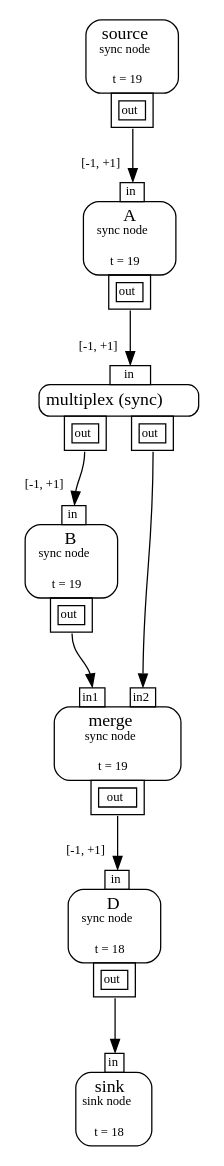
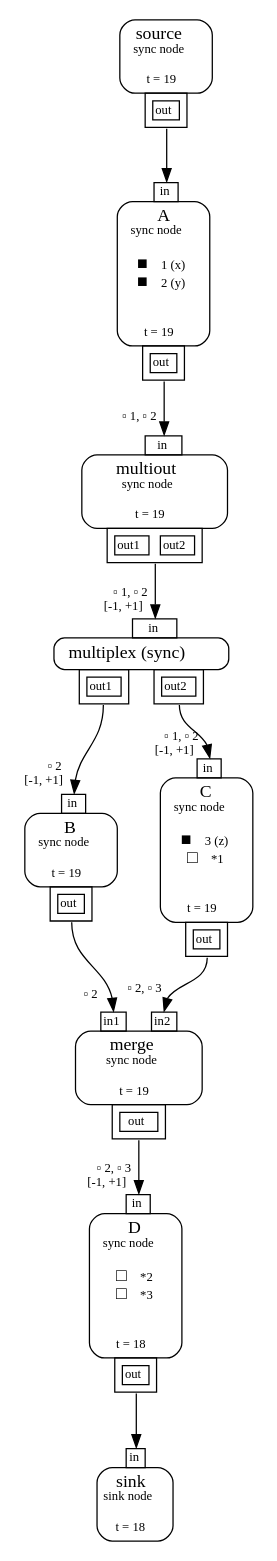
The diagram in gr.gv (dbonattoj/mf), drawn with Graphviz before and after one commit. The commit also changed 16 other files, not shown here.

Commit message:
filter graph visualization

```diff
--- a/gr.gv
+++ b/gr.gv
@@ -4,30 +4,38 @@
 <TABLE BORDER="0" CELLBORDER="0" CELLSPACING="0" CELLPADDING="0"><TR><TD COLSPAN="1" BORDER="1" STYLE="ROUNDED" CELLPADDING="4" COLOR="black">source<BR/><FONT POINT-SIZE="10">sync node</FONT><BR/><BR/><FONT POINT-SIZE="10">t = 19</FONT></TD></TR><TR><TD COLSPAN="1" BORDER="0"><TABLE BORDER="0" CELLBORDER="0" CELLSPACING="0" CELLPADDING="0"><TR><TD WIDTH="20"></TD><TD BORDER="1" CELLPADDING="3" PORT="out1" COLOR="black"><TABLE BORDER="0" CELLSPACING="2"><TR CELLPADDING="1"><TD BORDER="1" CELLPADDING="1"><FONT POINT-SIZE="10">out</FONT></TD></TR></TABLE></TD><TD WIDTH="20"></TD></TR></TABLE></TD></TR></TABLE>
 >];
 	node2 [shape=plaintext label=<
-<TABLE BORDER="0" CELLBORDER="0" CELLSPACING="0" CELLPADDING="0"><TR><TD WIDTH="20"></TD><TD BORDER="1" CELLPADDING="1" PORT="in3" COLOR="black"><FONT POINT-SIZE="10">in</FONT></TD><TD WIDTH="20"></TD></TR><TR><TD COLSPAN="3" BORDER="1" STYLE="ROUNDED" CELLPADDING="4" COLOR="black">A<BR/><FONT POINT-SIZE="10">sync node</FONT><BR/><BR/><FONT POINT-SIZE="10">t = 19</FONT></TD></TR><TR><TD COLSPAN="3" BORDER="0"><TABLE BORDER="0" CELLBORDER="0" CELLSPACING="0" CELLPADDING="0"><TR><TD WIDTH="20"></TD><TD BORDER="1" CELLPADDING="3" PORT="out4" COLOR="black"><TABLE BORDER="0" CELLSPACING="2"><TR CELLPADDING="1"><TD BORDER="1" CELLPADDING="1"><FONT POINT-SIZE="10">out</FONT></TD></TR></TABLE></TD><TD WIDTH="20"></TD></TR></TABLE></TD></TR></TABLE>
+<TABLE BORDER="0" CELLBORDER="0" CELLSPACING="0" CELLPADDING="0"><TR><TD WIDTH="20"></TD><TD BORDER="1" CELLPADDING="1" PORT="in3" COLOR="black"><FONT POINT-SIZE="10">in</FONT></TD><TD WIDTH="20"></TD></TR><TR><TD COLSPAN="3" BORDER="1" STYLE="ROUNDED" CELLPADDING="4" COLOR="black">A<BR/><FONT POINT-SIZE="10">sync node</FONT><BR/><BR/>&#x25A0; <FONT POINT-SIZE="10">1 (x)</FONT><BR/>&#x25A0; <FONT POINT-SIZE="10">2 (y)</FONT><BR/><BR/><BR/><FONT POINT-SIZE="10">t = 19</FONT></TD></TR><TR><TD COLSPAN="3" BORDER="0"><TABLE BORDER="0" CELLBORDER="0" CELLSPACING="0" CELLPADDING="0"><TR><TD WIDTH="20"></TD><TD BORDER="1" CELLPADDING="3" PORT="out4" COLOR="black"><TABLE BORDER="0" CELLSPACING="2"><TR CELLPADDING="1"><TD BORDER="1" CELLPADDING="1"><FONT POINT-SIZE="10">out</FONT></TD></TR></TABLE></TD><TD WIDTH="20"></TD></TR></TABLE></TD></TR></TABLE>
 >];
 	node5 [shape=plaintext label=<
-<TABLE BORDER="0" CELLBORDER="0" CELLSPACING="0" CELLPADDING="0"><TR><TD WIDTH="20"></TD><TD BORDER="1" CELLPADDING="1" PORT="in6" COLOR="black"><FONT POINT-SIZE="10">in</FONT></TD><TD WIDTH="20"></TD></TR><TR><TD COLSPAN="3" BORDER="1" STYLE="ROUNDED" CELLPADDING="4" COLOR="black">multiplex (sync)</TD></TR><TR><TD COLSPAN="3" BORDER="0"><TABLE BORDER="0" CELLBORDER="0" CELLSPACING="0" CELLPADDING="0"><TR><TD WIDTH="20"></TD><TD BORDER="1" CELLPADDING="3" PORT="out7" COLOR="black"><TABLE BORDER="0" CELLSPACING="2"><TR CELLPADDING="1"><TD BORDER="1" CELLPADDING="1"><FONT POINT-SIZE="10">out</FONT></TD></TR></TABLE></TD><TD WIDTH="20"></TD><TD BORDER="1" CELLPADDING="3" PORT="out8" COLOR="black"><TABLE BORDER="0" CELLSPACING="2"><TR CELLPADDING="1"><TD BORDER="1" CELLPADDING="1"><FONT POINT-SIZE="10">out</FONT></TD></TR></TABLE></TD><TD WIDTH="20"></TD></TR></TABLE></TD></TR></TABLE>
+<TABLE BORDER="0" CELLBORDER="0" CELLSPACING="0" CELLPADDING="0"><TR><TD WIDTH="20"></TD><TD BORDER="1" CELLPADDING="1" PORT="in6" COLOR="black"><FONT POINT-SIZE="10">in</FONT></TD><TD WIDTH="20"></TD></TR><TR><TD COLSPAN="3" BORDER="1" STYLE="ROUNDED" CELLPADDING="4" COLOR="black">multiout<BR/><FONT POINT-SIZE="10">sync node</FONT><BR/><BR/><FONT POINT-SIZE="10">t = 19</FONT></TD></TR><TR><TD COLSPAN="3" BORDER="0"><TABLE BORDER="0" CELLBORDER="0" CELLSPACING="0" CELLPADDING="0"><TR><TD WIDTH="20"></TD><TD BORDER="1" CELLPADDING="3" PORT="out7" COLOR="black"><TABLE BORDER="0" CELLSPACING="2"><TR CELLPADDING="1"><TD BORDER="1" CELLPADDING="1"><FONT POINT-SIZE="10">out1</FONT></TD><TD WIDTH="5"></TD><TD BORDER="1" CELLPADDING="1"><FONT POINT-SIZE="10">out2</FONT></TD></TR></TABLE></TD><TD WIDTH="20"></TD></TR></TABLE></TD></TR></TABLE>
 >];
-	node9 [shape=plaintext label=<
-<TABLE BORDER="0" CELLBORDER="0" CELLSPACING="0" CELLPADDING="0"><TR><TD WIDTH="20"></TD><TD BORDER="1" CELLPADDING="1" PORT="in10" COLOR="black"><FONT POINT-SIZE="10">in</FONT></TD><TD WIDTH="20"></TD></TR><TR><TD COLSPAN="3" BORDER="1" STYLE="ROUNDED" CELLPADDING="4" COLOR="black">B<BR/><FONT POINT-SIZE="10">sync node</FONT><BR/><BR/><FONT POINT-SIZE="10">t = 19</FONT></TD></TR><TR><TD COLSPAN="3" BORDER="0"><TABLE BORDER="0" CELLBORDER="0" CELLSPACING="0" CELLPADDING="0"><TR><TD WIDTH="20"></TD><TD BORDER="1" CELLPADDING="3" PORT="out11" COLOR="black"><TABLE BORDER="0" CELLSPACING="2"><TR CELLPADDING="1"><TD BORDER="1" CELLPADDING="1"><FONT POINT-SIZE="10">out</FONT></TD></TR></TABLE></TD><TD WIDTH="20"></TD></TR></TABLE></TD></TR></TABLE>
+	node8 [shape=plaintext label=<
+<TABLE BORDER="0" CELLBORDER="0" CELLSPACING="0" CELLPADDING="0"><TR><TD WIDTH="20"></TD><TD BORDER="1" CELLPADDING="1" PORT="in9" COLOR="black"><FONT POINT-SIZE="10">in</FONT></TD><TD WIDTH="20"></TD></TR><TR><TD COLSPAN="3" BORDER="1" STYLE="ROUNDED" CELLPADDING="4" COLOR="black">multiplex (sync)</TD></TR><TR><TD COLSPAN="3" BORDER="0"><TABLE BORDER="0" CELLBORDER="0" CELLSPACING="0" CELLPADDING="0"><TR><TD WIDTH="20"></TD><TD BORDER="1" CELLPADDING="3" PORT="out10" COLOR="black"><TABLE BORDER="0" CELLSPACING="2"><TR CELLPADDING="1"><TD BORDER="1" CELLPADDING="1"><FONT POINT-SIZE="10">out1</FONT></TD></TR></TABLE></TD><TD WIDTH="20"></TD><TD BORDER="1" CELLPADDING="3" PORT="out11" COLOR="black"><TABLE BORDER="0" CELLSPACING="2"><TR CELLPADDING="1"><TD BORDER="1" CELLPADDING="1"><FONT POINT-SIZE="10">out2</FONT></TD></TR></TABLE></TD><TD WIDTH="20"></TD></TR></TABLE></TD></TR></TABLE>
 >];
 	node12 [shape=plaintext label=<
-<TABLE BORDER="0" CELLBORDER="0" CELLSPACING="0" CELLPADDING="0"><TR><TD WIDTH="20"></TD><TD BORDER="1" CELLPADDING="1" PORT="in13" COLOR="black"><FONT POINT-SIZE="10">in1</FONT></TD><TD WIDTH="20"></TD><TD BORDER="1" CELLPADDING="1" PORT="in14" COLOR="black"><FONT POINT-SIZE="10">in2</FONT></TD><TD WIDTH="20"></TD></TR><TR><TD COLSPAN="5" BORDER="1" STYLE="ROUNDED" CELLPADDING="4" COLOR="black">merge<BR/><FONT POINT-SIZE="10">sync node</FONT><BR/><BR/><FONT POINT-SIZE="10">t = 19</FONT></TD></TR><TR><TD COLSPAN="5" BORDER="0"><TABLE BORDER="0" CELLBORDER="0" CELLSPACING="0" CELLPADDING="0"><TR><TD WIDTH="20"></TD><TD BORDER="1" CELLPADDING="3" PORT="out15" COLOR="black"><TABLE BORDER="0" CELLSPACING="2"><TR CELLPADDING="1"><TD BORDER="1" CELLPADDING="1"><FONT POINT-SIZE="10">out</FONT></TD></TR></TABLE></TD><TD WIDTH="20"></TD></TR></TABLE></TD></TR></TABLE>
+<TABLE BORDER="0" CELLBORDER="0" CELLSPACING="0" CELLPADDING="0"><TR><TD WIDTH="20"></TD><TD BORDER="1" CELLPADDING="1" PORT="in13" COLOR="black"><FONT POINT-SIZE="10">in</FONT></TD><TD WIDTH="20"></TD></TR><TR><TD COLSPAN="3" BORDER="1" STYLE="ROUNDED" CELLPADDING="4" COLOR="black">B<BR/><FONT POINT-SIZE="10">sync node</FONT><BR/><BR/><FONT POINT-SIZE="10">t = 19</FONT></TD></TR><TR><TD COLSPAN="3" BORDER="0"><TABLE BORDER="0" CELLBORDER="0" CELLSPACING="0" CELLPADDING="0"><TR><TD WIDTH="20"></TD><TD BORDER="1" CELLPADDING="3" PORT="out14" COLOR="black"><TABLE BORDER="0" CELLSPACING="2"><TR CELLPADDING="1"><TD BORDER="1" CELLPADDING="1"><FONT POINT-SIZE="10">out</FONT></TD></TR></TABLE></TD><TD WIDTH="20"></TD></TR></TABLE></TD></TR></TABLE>
 >];
-	node16 [shape=plaintext label=<
-<TABLE BORDER="0" CELLBORDER="0" CELLSPACING="0" CELLPADDING="0"><TR><TD WIDTH="20"></TD><TD BORDER="1" CELLPADDING="1" PORT="in17" COLOR="black"><FONT POINT-SIZE="10">in</FONT></TD><TD WIDTH="20"></TD></TR><TR><TD COLSPAN="3" BORDER="1" STYLE="ROUNDED" CELLPADDING="4" COLOR="black">D<BR/><FONT POINT-SIZE="10">sync node</FONT><BR/><BR/><FONT POINT-SIZE="10">t = 18</FONT></TD></TR><TR><TD COLSPAN="3" BORDER="0"><TABLE BORDER="0" CELLBORDER="0" CELLSPACING="0" CELLPADDING="0"><TR><TD WIDTH="20"></TD><TD BORDER="1" CELLPADDING="3" PORT="out18" COLOR="black"><TABLE BORDER="0" CELLSPACING="2"><TR CELLPADDING="1"><TD BORDER="1" CELLPADDING="1"><FONT POINT-SIZE="10">out</FONT></TD></TR></TABLE></TD><TD WIDTH="20"></TD></TR></TABLE></TD></TR></TABLE>
+	node15 [shape=plaintext label=<
+<TABLE BORDER="0" CELLBORDER="0" CELLSPACING="0" CELLPADDING="0"><TR><TD WIDTH="20"></TD><TD BORDER="1" CELLPADDING="1" PORT="in16" COLOR="black"><FONT POINT-SIZE="10">in</FONT></TD><TD WIDTH="20"></TD></TR><TR><TD COLSPAN="3" BORDER="1" STYLE="ROUNDED" CELLPADDING="4" COLOR="black">C<BR/><FONT POINT-SIZE="10">sync node</FONT><BR/><BR/>&#x25A0; <FONT POINT-SIZE="10">3 (z)</FONT><BR/>&#x25A1; <FONT POINT-SIZE="10">*1</FONT><BR/><BR/><BR/><FONT POINT-SIZE="10">t = 19</FONT></TD></TR><TR><TD COLSPAN="3" BORDER="0"><TABLE BORDER="0" CELLBORDER="0" CELLSPACING="0" CELLPADDING="0"><TR><TD WIDTH="20"></TD><TD BORDER="1" CELLPADDING="3" PORT="out17" COLOR="black"><TABLE BORDER="0" CELLSPACING="2"><TR CELLPADDING="1"><TD BORDER="1" CELLPADDING="1"><FONT POINT-SIZE="10">out</FONT></TD></TR></TABLE></TD><TD WIDTH="20"></TD></TR></TABLE></TD></TR></TABLE>
 >];
-	node19 [shape=plaintext label=<
-<TABLE BORDER="0" CELLBORDER="0" CELLSPACING="0" CELLPADDING="0"><TR><TD WIDTH="20"></TD><TD BORDER="1" CELLPADDING="1" PORT="in20" COLOR="black"><FONT POINT-SIZE="10">in</FONT></TD><TD WIDTH="20"></TD></TR><TR><TD COLSPAN="3" BORDER="1" STYLE="ROUNDED" CELLPADDING="4" COLOR="black">sink<BR/><FONT POINT-SIZE="10">sink node</FONT><BR/><BR/><FONT POINT-SIZE="10">t = 18</FONT></TD></TR></TABLE>
+	node18 [shape=plaintext label=<
+<TABLE BORDER="0" CELLBORDER="0" CELLSPACING="0" CELLPADDING="0"><TR><TD WIDTH="20"></TD><TD BORDER="1" CELLPADDING="1" PORT="in19" COLOR="black"><FONT POINT-SIZE="10">in1</FONT></TD><TD WIDTH="20"></TD><TD BORDER="1" CELLPADDING="1" PORT="in20" COLOR="black"><FONT POINT-SIZE="10">in2</FONT></TD><TD WIDTH="20"></TD></TR><TR><TD COLSPAN="5" BORDER="1" STYLE="ROUNDED" CELLPADDING="4" COLOR="black">merge<BR/><FONT POINT-SIZE="10">sync node</FONT><BR/><BR/><FONT POINT-SIZE="10">t = 19</FONT></TD></TR><TR><TD COLSPAN="5" BORDER="0"><TABLE BORDER="0" CELLBORDER="0" CELLSPACING="0" CELLPADDING="0"><TR><TD WIDTH="20"></TD><TD BORDER="1" CELLPADDING="3" PORT="out21" COLOR="black"><TABLE BORDER="0" CELLSPACING="2"><TR CELLPADDING="1"><TD BORDER="1" CELLPADDING="1"><FONT POINT-SIZE="10">out</FONT></TD></TR></TABLE></TD><TD WIDTH="20"></TD></TR></TABLE></TD></TR></TABLE>
 >];
-	node0:out1 -> node2:in3 [style="", arrowhead="normal", color=black, headlabel=<[-1, +1]     >, fontsize=10, labelangle=45, labeldistance=2.0, labelfontcolor=black];
-	node2:out4 -> node5:in6 [style="", arrowhead="normal", color=black, headlabel=<[-1, +1]     >, fontsize=10, labelangle=45, labeldistance=2.0, labelfontcolor=black];
-	node5:out7 -> node9:in10 [style="", arrowhead="normal", color=black, headlabel=<[-1, +1]     >, fontsize=10, labelangle=45, labeldistance=2.0, labelfontcolor=black];
-	node9:out11 -> node12:in13 [style="", arrowhead="normal", color=black, headlabel=<>, fontsize=10, labelangle=45, labeldistance=2.0, labelfontcolor=black];
-	node5:out8 -> node12:in14 [style="", arrowhead="normal", color=black, headlabel=<>, fontsize=10, labelangle=45, labeldistance=2.0, labelfontcolor=black];
-	node12:out15 -> node16:in17 [style="", arrowhead="normal", color=black, headlabel=<[-1, +1]     >, fontsize=10, labelangle=45, labeldistance=2.0, labelfontcolor=black];
-	node16:out18 -> node19:in20 [style="", arrowhead="normal", color=black, headlabel=<>, fontsize=10, labelangle=45, labeldistance=2.0, labelfontcolor=black];
+	node22 [shape=plaintext label=<
+<TABLE BORDER="0" CELLBORDER="0" CELLSPACING="0" CELLPADDING="0"><TR><TD WIDTH="20"></TD><TD BORDER="1" CELLPADDING="1" PORT="in23" COLOR="black"><FONT POINT-SIZE="10">in</FONT></TD><TD WIDTH="20"></TD></TR><TR><TD COLSPAN="3" BORDER="1" STYLE="ROUNDED" CELLPADDING="4" COLOR="black">D<BR/><FONT POINT-SIZE="10">sync node</FONT><BR/><BR/>&#x25A1; <FONT POINT-SIZE="10">*2</FONT><BR/>&#x25A1; <FONT POINT-SIZE="10">*3</FONT><BR/><BR/><BR/><FONT POINT-SIZE="10">t = 18</FONT></TD></TR><TR><TD COLSPAN="3" BORDER="0"><TABLE BORDER="0" CELLBORDER="0" CELLSPACING="0" CELLPADDING="0"><TR><TD WIDTH="20"></TD><TD BORDER="1" CELLPADDING="3" PORT="out24" COLOR="black"><TABLE BORDER="0" CELLSPACING="2"><TR CELLPADDING="1"><TD BORDER="1" CELLPADDING="1"><FONT POINT-SIZE="10">out</FONT></TD></TR></TABLE></TD><TD WIDTH="20"></TD></TR></TABLE></TD></TR></TABLE>
+>];
+	node25 [shape=plaintext label=<
+<TABLE BORDER="0" CELLBORDER="0" CELLSPACING="0" CELLPADDING="0"><TR><TD WIDTH="20"></TD><TD BORDER="1" CELLPADDING="1" PORT="in26" COLOR="black"><FONT POINT-SIZE="10">in</FONT></TD><TD WIDTH="20"></TD></TR><TR><TD COLSPAN="3" BORDER="1" STYLE="ROUNDED" CELLPADDING="4" COLOR="black">sink<BR/><FONT POINT-SIZE="10">sink node</FONT><BR/><BR/><FONT POINT-SIZE="10">t = 18</FONT></TD></TR></TABLE>
+>];
+	node0:out1 -> node2:in3 [style="", arrowhead="normal", color=black, headlabel=<>, fontsize=10, labelangle=45, labeldistance=2.0, labelfontcolor=black];
+	node2:out4 -> node5:in6 [style="", arrowhead="normal", color=black, headlabel=<&#x25AB; 1, &#x25AB; 2<BR/>>, fontsize=10, labelangle=45, labeldistance=2.0, labelfontcolor=black];
+	node5:out7 -> node8:in9 [style="", arrowhead="normal", color=black, headlabel=<&#x25AB; 1, &#x25AB; 2<BR/>[-1, +1]     >, fontsize=10, labelangle=45, labeldistance=2.0, labelfontcolor=black];
+	node8:out10 -> node12:in13 [style="", arrowhead="normal", color=black, headlabel=<&#x25AB; 2<BR/>[-1, +1]     >, fontsize=10, labelangle=45, labeldistance=2.0, labelfontcolor=black];
+	node8:out11 -> node15:in16 [style="", arrowhead="normal", color=black, headlabel=<&#x25AB; 1, &#x25AB; 2<BR/>[-1, +1]     >, fontsize=10, labelangle=45, labeldistance=2.0, labelfontcolor=black];
+	node12:out14 -> node18:in19 [style="", arrowhead="normal", color=black, headlabel=<&#x25AB; 2<BR/>>, fontsize=10, labelangle=45, labeldistance=2.0, labelfontcolor=black];
+	node15:out17 -> node18:in20 [style="", arrowhead="normal", color=black, headlabel=<&#x25AB; 2, &#x25AB; 3<BR/>>, fontsize=10, labelangle=45, labeldistance=2.0, labelfontcolor=black];
+	node18:out21 -> node22:in23 [style="", arrowhead="normal", color=black, headlabel=<&#x25AB; 2, &#x25AB; 3<BR/>[-1, +1]     >, fontsize=10, labelangle=45, labeldistance=2.0, labelfontcolor=black];
+	node22:out24 -> node25:in26 [style="", arrowhead="normal", color=black, headlabel=<>, fontsize=10, labelangle=45, labeldistance=2.0, labelfontcolor=black];
 	{rank=source; node0}
-	{rank=sink; node19}
+	{rank=sink; node25}
 }
```
